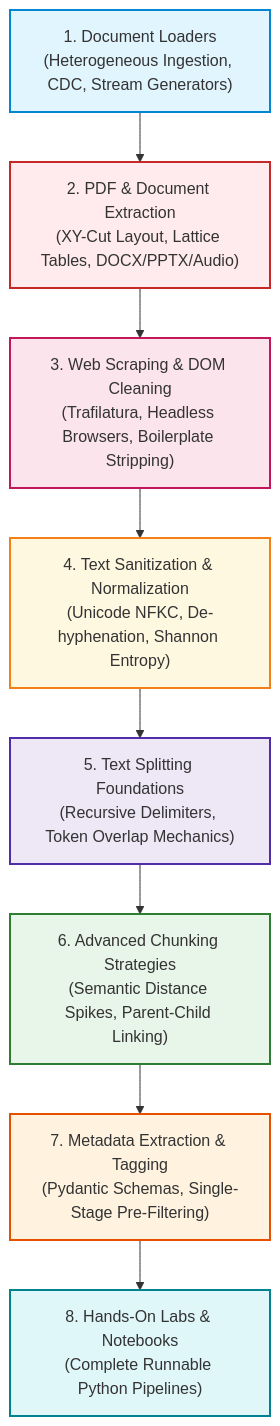
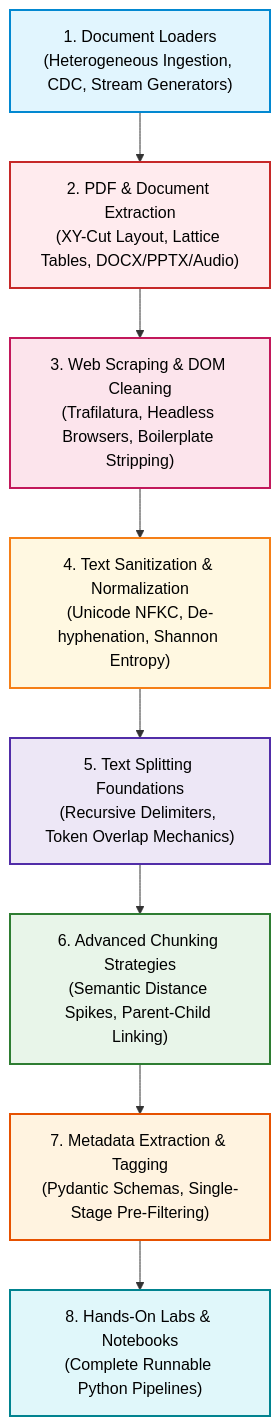
The first of 2 diagrams in 02-Document-Processing/README.md (swapnil3104/RAG-Engineering), drawn with Mermaid before and after one commit. The commit also changed 108 other files, not shown here.

Commit message:
fix: make chart text visible across all Mermaid diagrams and resolve markdown table formatting issues

````diff
--- a/02-Document-Processing/README.md
+++ b/02-Document-Processing/README.md
@@ -27,19 +27,19 @@
 ```mermaid
 flowchart TD
     M1["1. Document Loaders<br/>(Heterogeneous Ingestion, CDC, Stream Generators)"] --> M2["2. PDF & Document Extraction<br/>(XY-Cut Layout, Lattice Tables, DOCX/PPTX/Audio)"]
     M2 --> M3["3. Web Scraping & DOM Cleaning<br/>(Trafilatura, Headless Browsers, Boilerplate Stripping)"]
     M3 --> M4["4. Text Sanitization & Normalization<br/>(Unicode NFKC, De-hyphenation, Shannon Entropy)"]
     M4 --> M5["5. Text Splitting Foundations<br/>(Recursive Delimiters, Token Overlap Mechanics)"]
     M5 --> M6["6. Advanced Chunking Strategies<br/>(Semantic Distance Spikes, Parent-Child Linking)"]
     M6 --> M7["7. Metadata Extraction & Tagging<br/>(Pydantic Schemas, Single-Stage Pre-Filtering)"]
     M7 --> M8["8. Hands-On Labs & Notebooks<br/>(Complete Runnable Python Pipelines)"]
 
-    style M1 fill:#e1f5fe,stroke:#0288d1,stroke-width:2px
-    style M2 fill:#ffebee,stroke:#c62828,stroke-width:2px
-    style M3 fill:#fce4ec,stroke:#c2185b,stroke-width:2px
-    style M4 fill:#fff8e1,stroke:#f57f17,stroke-width:2px
-    style M5 fill:#ede7f6,stroke:#512da8,stroke-width:2px
-    style M6 fill:#e8f5e9,stroke:#2e7d32,stroke-width:2px
-    style M7 fill:#fff3e0,stroke:#e65100,stroke-width:2px
-    style M8 fill:#e0f7fa,stroke:#00838f,stroke-width:2px
+    style M1 fill:#e1f5fe,stroke:#0288d1,stroke-width:2px,color:#000000
+    style M2 fill:#ffebee,stroke:#c62828,stroke-width:2px,color:#000000
+    style M3 fill:#fce4ec,stroke:#c2185b,stroke-width:2px,color:#000000
+    style M4 fill:#fff8e1,stroke:#f57f17,stroke-width:2px,color:#000000
+    style M5 fill:#ede7f6,stroke:#512da8,stroke-width:2px,color:#000000
+    style M6 fill:#e8f5e9,stroke:#2e7d32,stroke-width:2px,color:#000000
+    style M7 fill:#fff3e0,stroke:#e65100,stroke-width:2px,color:#000000
+    style M8 fill:#e0f7fa,stroke:#00838f,stroke-width:2px,color:#000000
 ```
````
